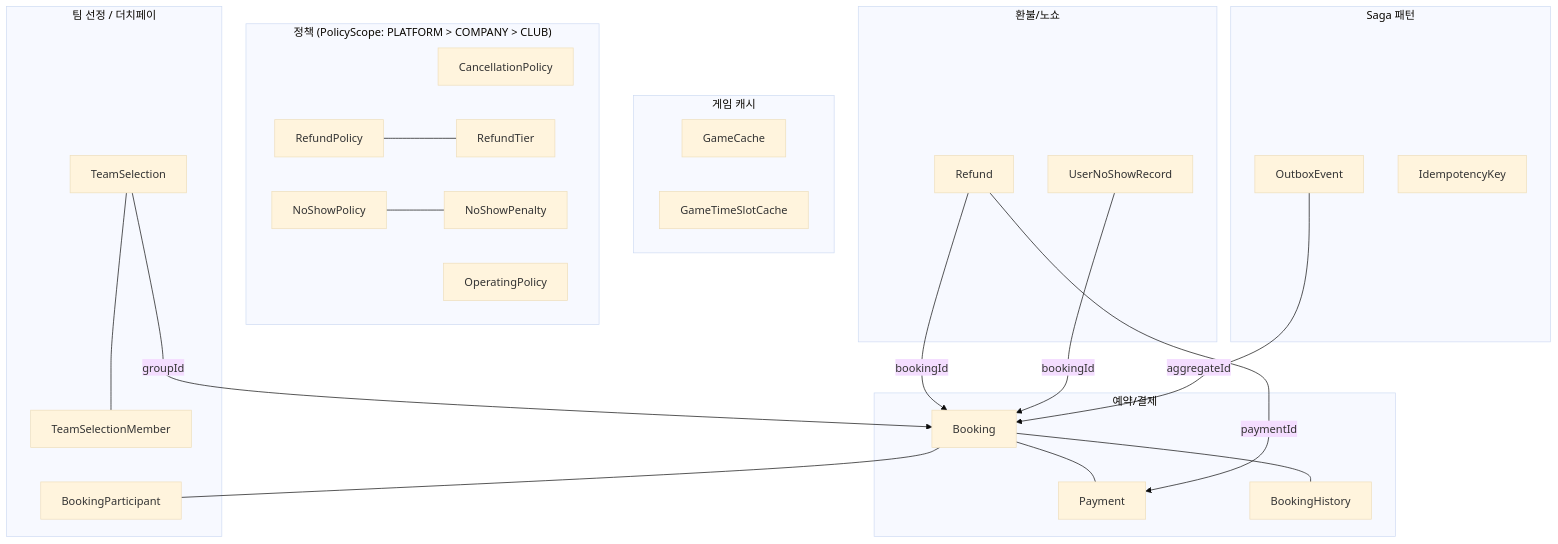
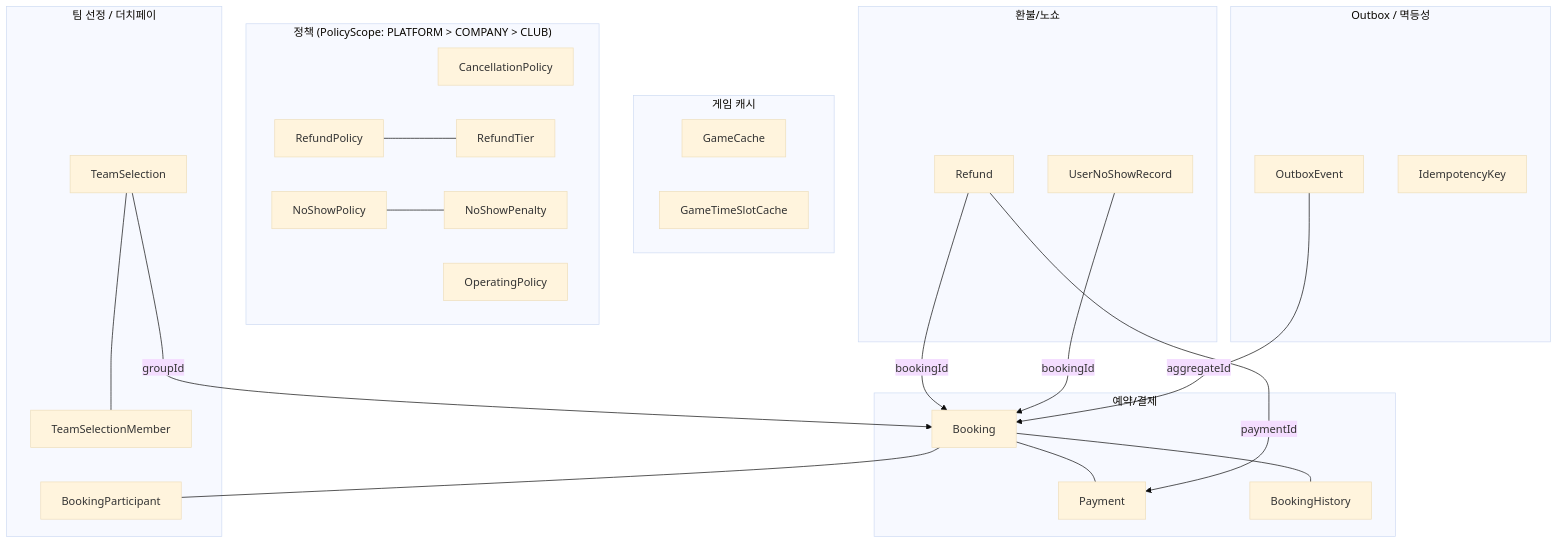
One commit to uniyous/parkgolf-platform changed diagram 13 of 30 in docs/architecture/DATABASE.md. Above: the diagram before and after it, drawn with Mermaid (base theme). The commit also changed other lines of this file and 9 other files, not shown here.

First line of the commit message:
docs: saga-service 독립 분리에 따른 아키텍처/워크플로우 문서 현행화

````diff
--- a/docs/architecture/DATABASE.md
+++ b/docs/architecture/DATABASE.md
@@ -614,50 +615,50 @@
 ```mermaid
 flowchart TB
     subgraph core["예약/결제"]
         B_Booking["Booking"]
         B_Payment["Payment"]
         B_History["BookingHistory"]
         B_Booking --- B_Payment
         B_Booking --- B_History
     end
 
     subgraph team["팀 선정 / 더치페이"]
         TS_Selection["TeamSelection"]
         TS_Member["TeamSelectionMember"]
         BG_Participant["BookingParticipant"]
         TS_Selection --- TS_Member
         B_Booking --- BG_Participant
     end
 
     subgraph cache["게임 캐시"]
         BC_Game["GameCache"]
         BC_Slot["GameTimeSlotCache"]
     end
 
     subgraph refund["환불/노쇼"]
         R_Refund["Refund"]
         R_NoShow["UserNoShowRecord"]
     end
 
     subgraph policy["정책 (PolicyScope: PLATFORM > COMPANY > CLUB)"]
         P_Cancel["CancellationPolicy"]
         P_Refund["RefundPolicy"]
         P_RefundTier["RefundTier"]
         P_NoShow["NoShowPolicy"]
         P_NoShowPenalty["NoShowPenalty"]
         P_Operating["OperatingPolicy"]
         P_Refund --- P_RefundTier
         P_NoShow --- P_NoShowPenalty
     end
 
-    subgraph saga["Saga 패턴"]
+    subgraph outbox["Outbox / 멱등성"]
         S_Outbox["OutboxEvent"]
         S_Idempotency["IdempotencyKey"]
     end
 
     R_Refund -->|bookingId| B_Booking
     R_Refund -->|paymentId| B_Payment
     R_NoShow -->|bookingId| B_Booking
     S_Outbox -->|aggregateId| B_Booking
     TS_Selection -->|groupId| B_Booking
 ```
````
